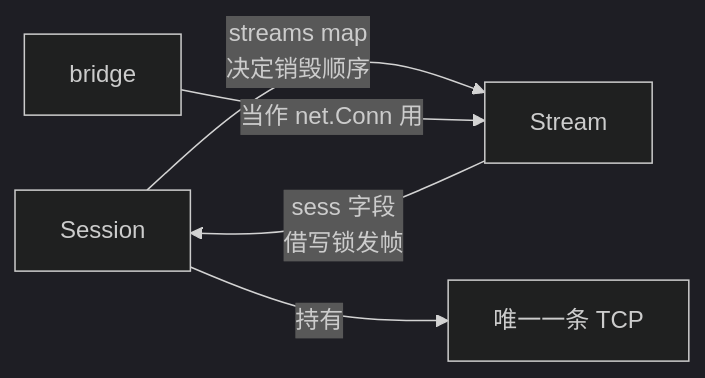
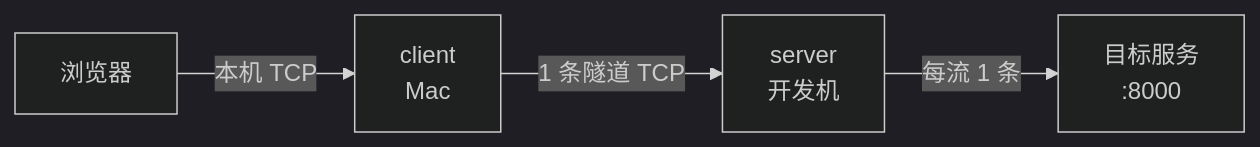
The first of 5 diagrams in docs/blog/posts/2026/10/28.md (yiiewang/yiiewang.github.io), drawn with Mermaid (dark theme) before and after one commit. The commit also changed other lines of this file, not shown here.

Commit message:
docs(blog): 28.md 改为六视图设计过程（场景/逻辑/进程/行为/状态/决策记录）

````diff
--- a/docs/blog/posts/2026/10/28.md
+++ b/docs/blog/posts/2026/10/28.md
@@ -93,7 +31,6 @@
 ```mermaid
 flowchart LR
-    S["Session"] -->|"streams map<br/>决定销毁顺序"| St["Stream"]
-    St -->|"sess 字段<br/>借写锁发帧"| S
-    S -->|"持有"| C["唯一一条 TCP"]
-    B["bridge"] -->|"当作 net.Conn 用"| St
+    B["浏览器"] -->|"本机 TCP"| C["client<br/>Mac"]
+    C -->|"1 条隧道 TCP"| S["server<br/>开发机"]
+    S -->|"每流 1 条"| T["目标服务<br/>:8000"]
 ```
````
